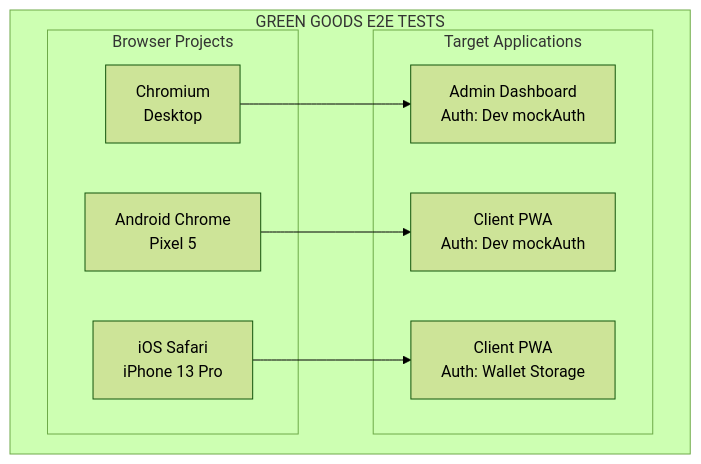
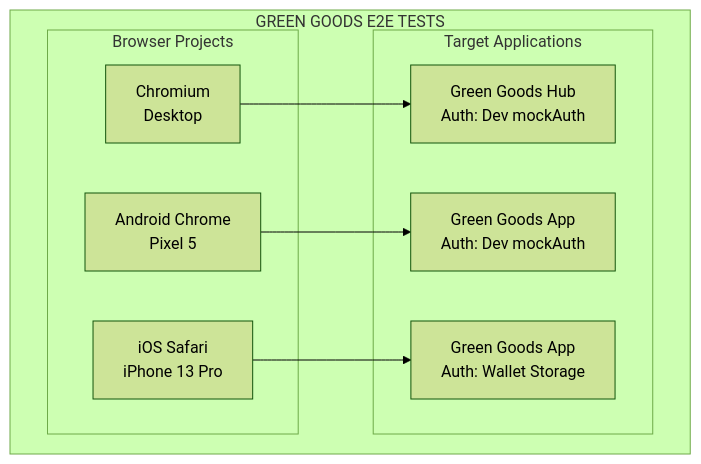
The first of 2 diagrams in tests/ARCHITECTURE.md (greenpill-dev-guild/green-goods), drawn with Mermaid (forest theme) before and after one commit. The commit also changed other lines of this file and 32 other files, not shown here.

````diff
--- a/tests/ARCHITECTURE.md
+++ b/tests/ARCHITECTURE.md
@@ -11,20 +11,20 @@
 ```mermaid
 graph TD
   subgraph Tests["GREEN GOODS E2E TESTS"]
     subgraph Browsers["Browser Projects"]
       CH[Chromium<br/>Desktop]
       AC[Android Chrome<br/>Pixel 5]
       IS[iOS Safari<br/>iPhone 13 Pro]
     end
 
     subgraph Apps["Target Applications"]
-      AD[Admin Dashboard<br/>Auth: Dev mockAuth]
-      CP1[Client PWA<br/>Auth: Dev mockAuth]
-      CP2[Client PWA<br/>Auth: Wallet Storage]
+      AD[Green Goods Hub<br/>Auth: Dev mockAuth]
+      CP1[Green Goods App<br/>Auth: Dev mockAuth]
+      CP2[Green Goods App<br/>Auth: Wallet Storage]
     end
 
     CH --> AD
     AC --> CP1
     IS --> CP2
   end
 ```
````
